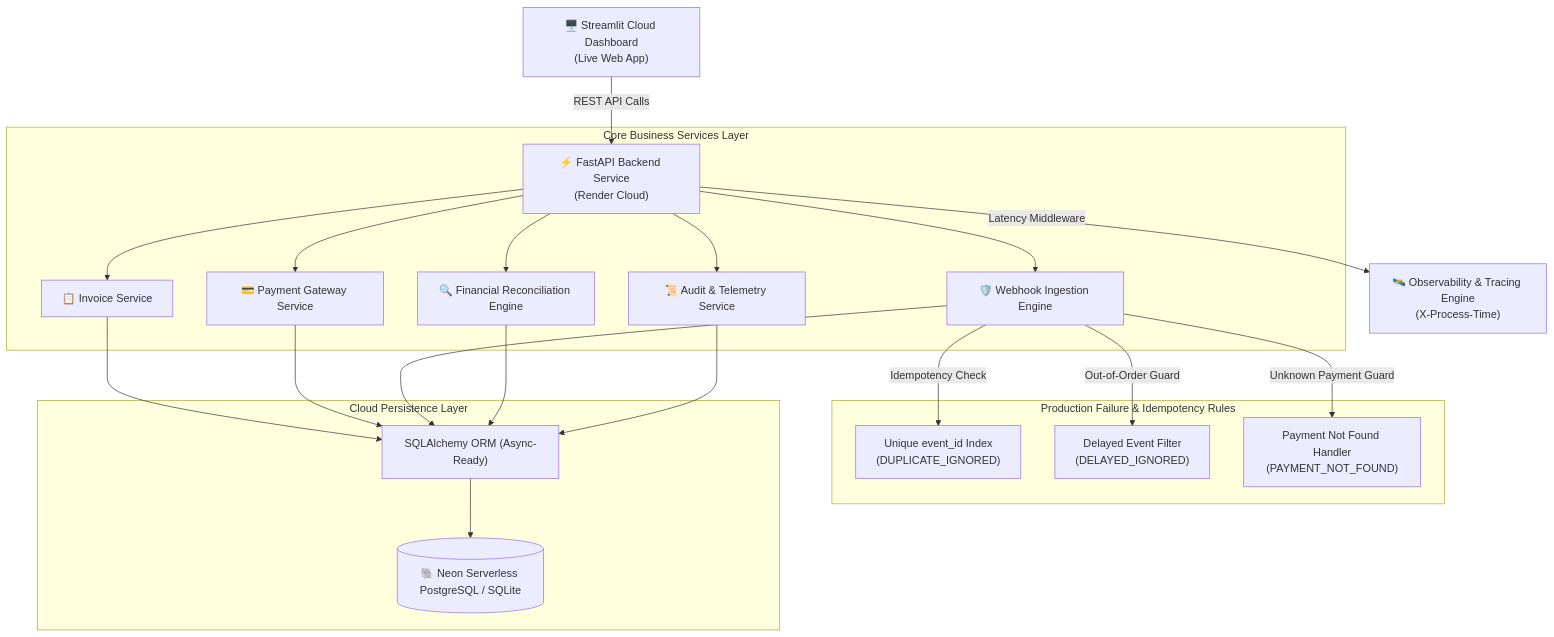
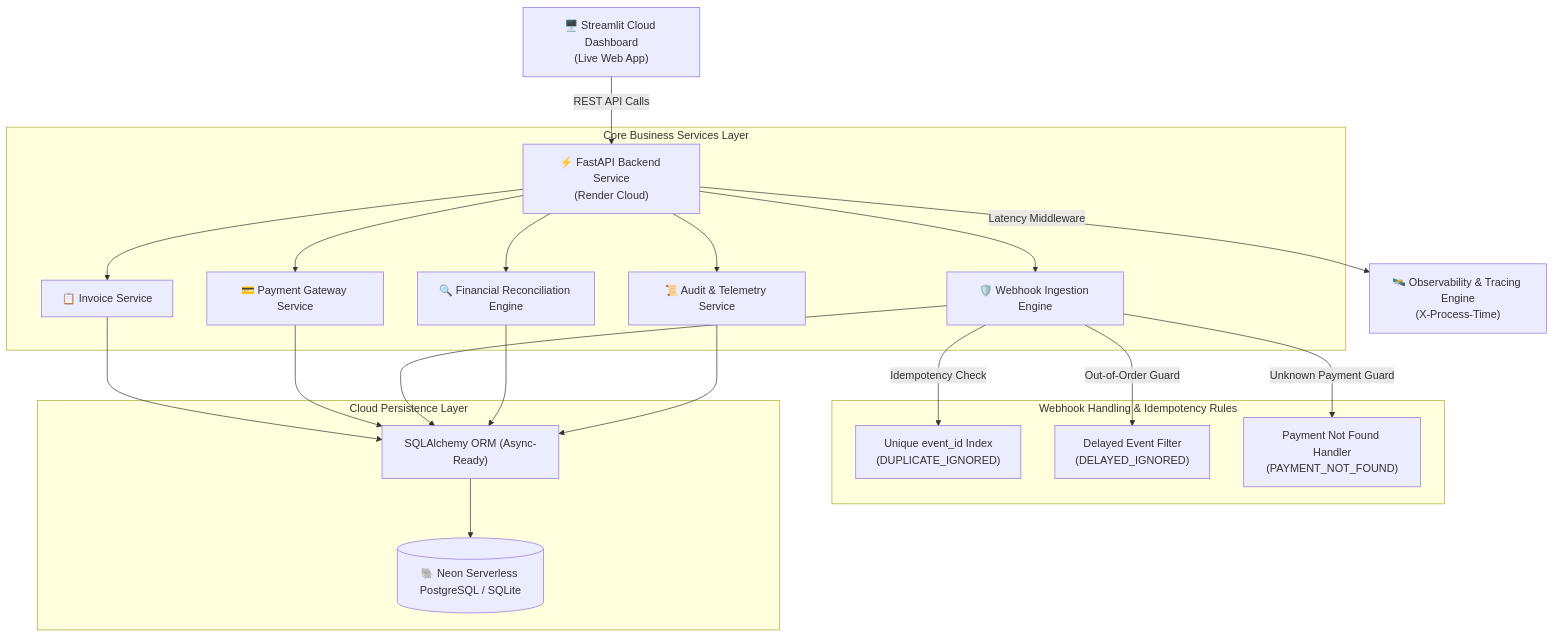
The diagram in README.md (Dhanya562004/pulsepay-healthcare-reconciliation), drawn with Mermaid before and after one commit. The commit also changed other lines of this file and 2 other files, not shown here.

````diff
--- a/README.md
+++ b/README.md
@@ -52,28 +56,28 @@
 ```mermaid
 graph TD
     UI["🖥️ Streamlit Cloud Dashboard<br>(Live Web App)"] -->|REST API Calls| API["⚡ FastAPI Backend Service<br>(Render Cloud)"]
     API -->|Latency Middleware| OBS["🛰️ Observability & Tracing Engine<br>(X-Process-Time)"]
     
     subgraph Core Business Services Layer
         API --> INV_S["📋 Invoice Service"]
         API --> PAY_S["💳 Payment Gateway Service"]
         API --> WH_S["🛡️ Webhook Ingestion Engine"]
         API --> REC_S["🔍 Financial Reconciliation Engine"]
         API --> AUD_S["📜 Audit & Telemetry Service"]
     end
 
-    subgraph Production Failure & Idempotency Rules
+    subgraph Webhook Handling & Idempotency Rules
         WH_S -->|Idempotency Check| IDEM["Unique event_id Index<br>(DUPLICATE_IGNORED)"]
         WH_S -->|Out-of-Order Guard| OO["Delayed Event Filter<br>(DELAYED_IGNORED)"]
         WH_S -->|Unknown Payment Guard| UP["Payment Not Found Handler<br>(PAYMENT_NOT_FOUND)"]
     end
 
     subgraph Cloud Persistence Layer
         INV_S --> ORM["SQLAlchemy ORM (Async-Ready)"]
         PAY_S --> ORM
         WH_S --> ORM
         REC_S --> ORM
         AUD_S --> ORM
         ORM --> DB[("🐘 Neon Serverless PostgreSQL / SQLite")]
     end
 ```
````
